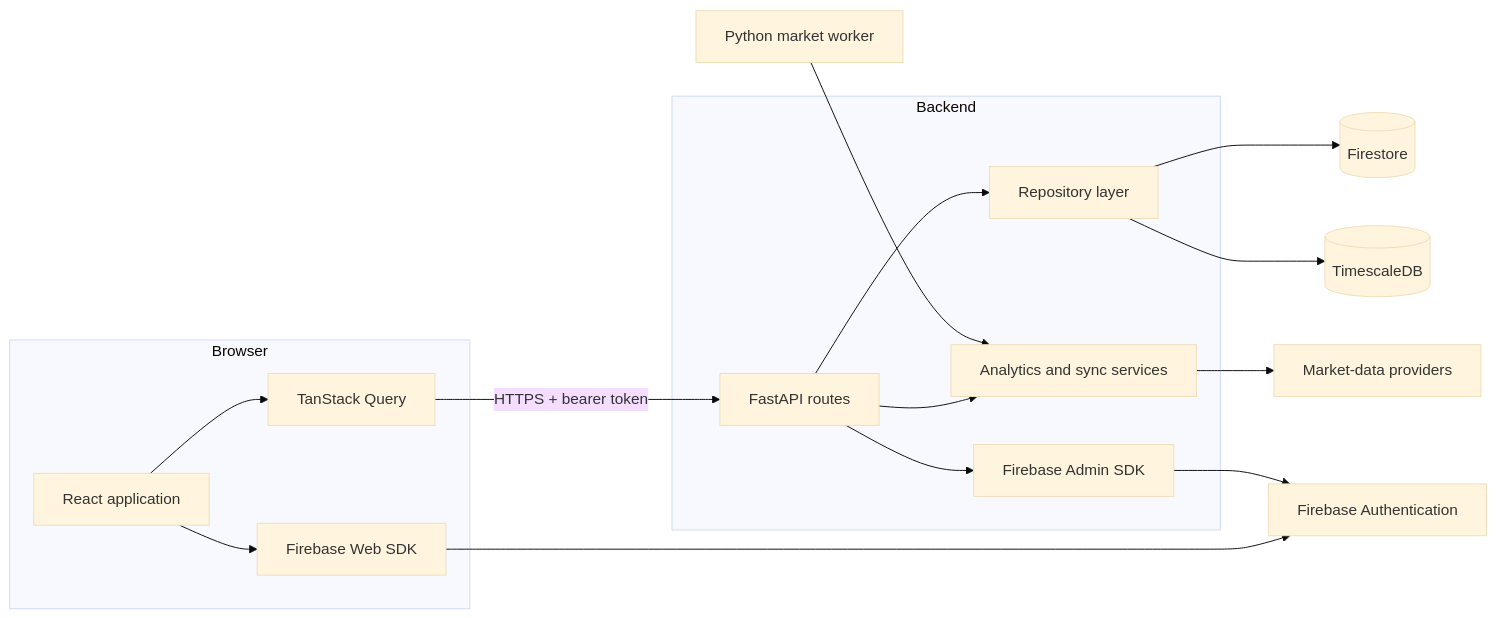
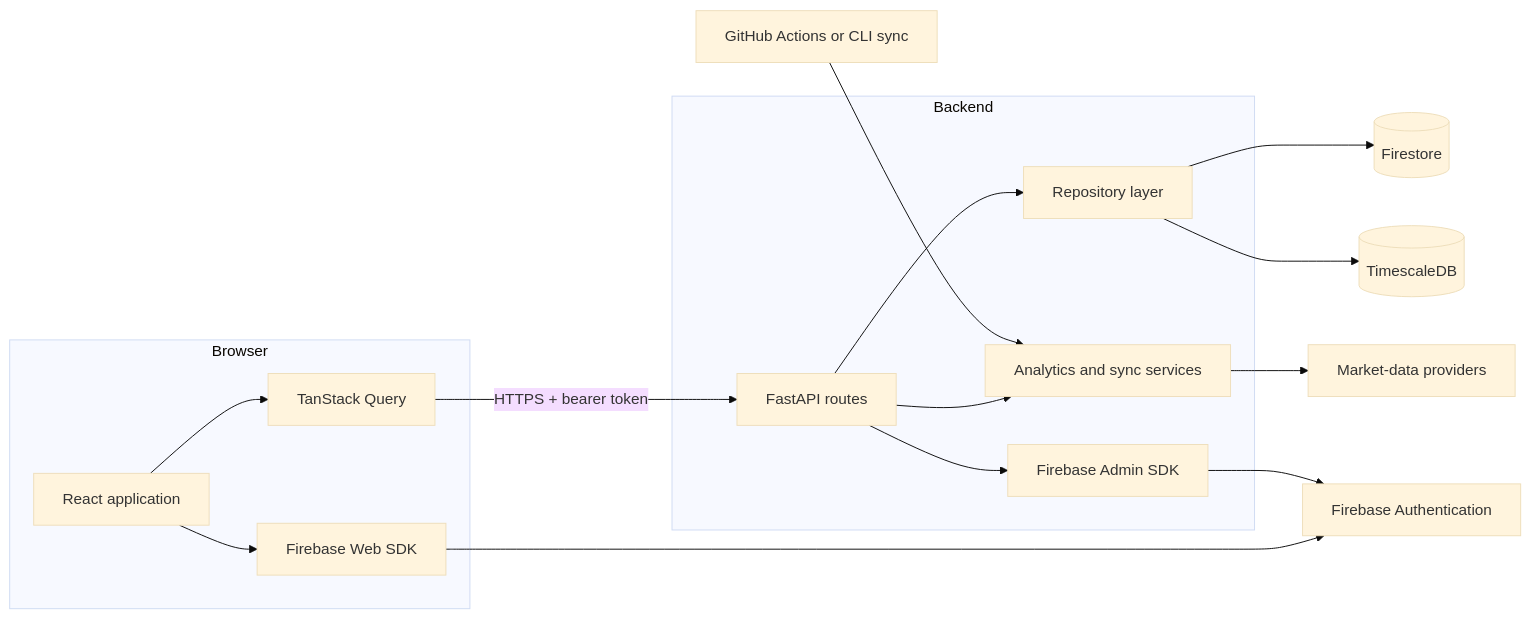
Before and after one commit to mocaales/macroverse: the second of 8 diagrams in docs/architecture.md, drawn with Mermaid (base theme). The commit also changed other lines of this file and 55 other files, not shown here.

````diff
--- a/docs/architecture.md
+++ b/docs/architecture.md
@@ -44,28 +44,28 @@
 ```mermaid
 flowchart LR
     subgraph Browser
         React[React application]
         Query[TanStack Query]
         FirebaseSDK[Firebase Web SDK]
         React --> Query
         React --> FirebaseSDK
     end
 
     subgraph Backend
         Routes[FastAPI routes]
         Services[Analytics and sync services]
         Repositories[Repository layer]
         Admin[Firebase Admin SDK]
         Routes --> Services
         Routes --> Repositories
         Routes --> Admin
     end
 
     Query -->|HTTPS + bearer token| Routes
     FirebaseSDK --> FirebaseAuth[Firebase Authentication]
     Admin --> FirebaseAuth
     Repositories --> Firestore[(Firestore)]
     Repositories --> Timescale[(TimescaleDB)]
-    Worker[Python market worker] --> Services
+    Sync[GitHub Actions or CLI sync] --> Services
     Services --> Providers[Market-data providers]
 ```
````
